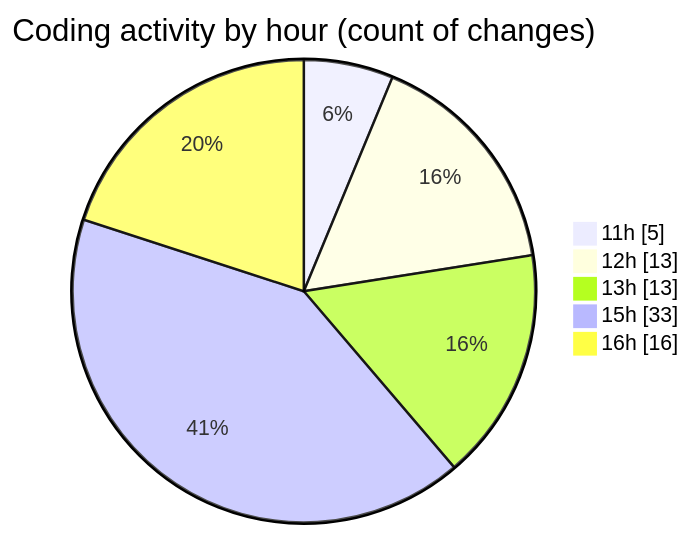
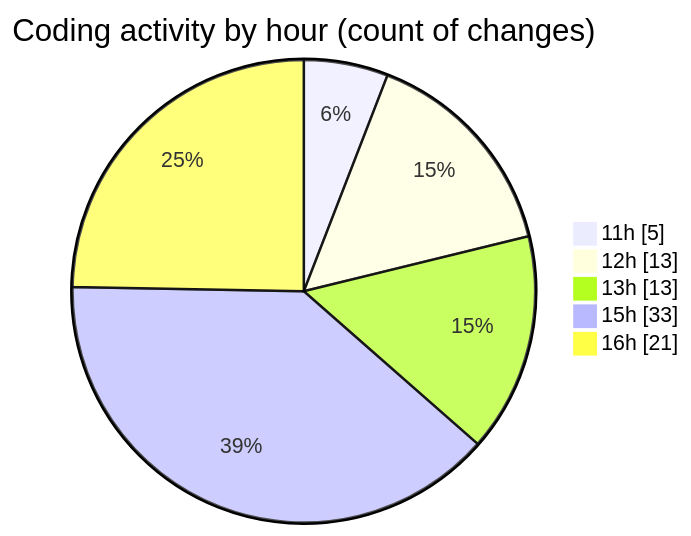
The second of 2 diagrams in 2025-08-06/nxtqube_webapp/README.md (nxtqubesakshisongat/code-tracking), drawn with Mermaid before and after one commit. The commit also changed other lines of this file and 1 other file, not shown here.

````diff
--- a/2025-08-06/nxtqube_webapp/README.md
+++ b/2025-08-06/nxtqube_webapp/README.md
@@ -41,9 +41,9 @@
 ```mermaid
 pie showData
 title Coding activity by hour (count of changes)
 "11h" : 5
 "12h" : 13
 "13h" : 13
 "15h" : 33
-"16h" : 16
+"16h" : 21
 ```
````
